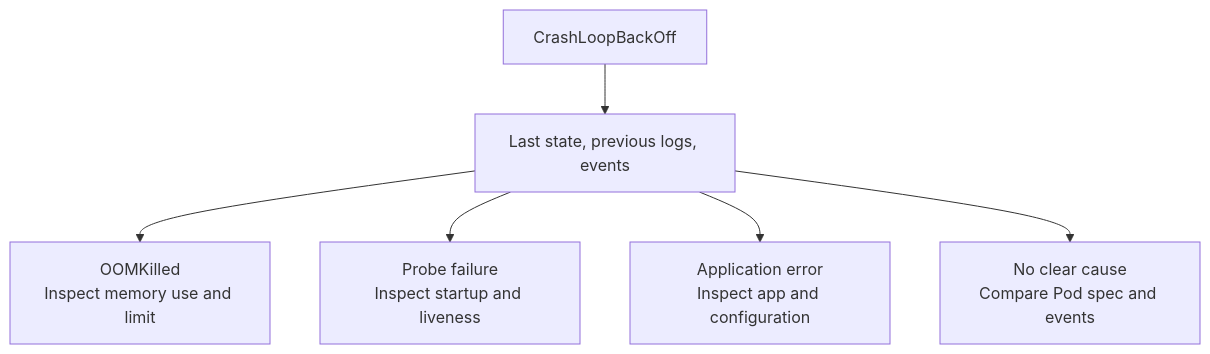
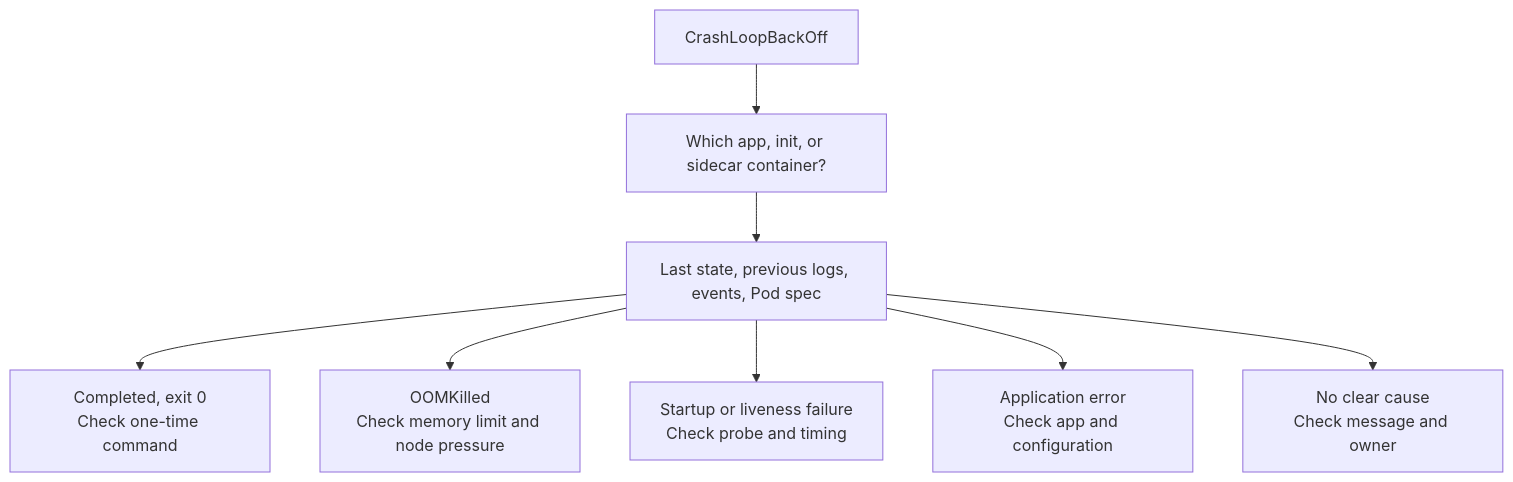
One commit to David-A18/MY-humble-knowledge-for-everyone changed the diagram in knowledge/kubernetes/troubleshooting/crashloopbackoff.md. Above: the diagram before and after it, drawn with Mermaid. The commit also changed other lines of this file and 5 other files, not shown here.

Commit message:
Clarify CrashLoopBackOff diagnosis and recovery

````diff
--- a/knowledge/kubernetes/troubleshooting/crashloopbackoff.md
+++ b/knowledge/kubernetes/troubleshooting/crashloopbackoff.md
@@ -80,8 +139,10 @@
 ```mermaid
 flowchart TD
-  symptom["CrashLoopBackOff"] --> evidence["Last state, previous logs, events"]
-  evidence --> memory["OOMKilled<br/>Inspect memory use and limit"]
-  evidence --> probe["Probe failure<br/>Inspect startup and liveness"]
-  evidence --> app["Application error<br/>Inspect app and configuration"]
-  evidence --> more["No clear cause<br/>Compare Pod spec and events"]
+  symptom["CrashLoopBackOff"] --> target["Which app, init, or sidecar container?"]
+  target --> evidence["Last state, previous logs, events, Pod spec"]
+  evidence --> clean["Completed, exit 0<br/>Check one-time command"]
+  evidence --> memory["OOMKilled<br/>Check memory limit and node pressure"]
+  evidence --> probe["Startup or liveness failure<br/>Check probe and timing"]
+  evidence --> app["Application error<br/>Check app and configuration"]
+  evidence --> more["No clear cause<br/>Check message and owner"]
 ```
````
